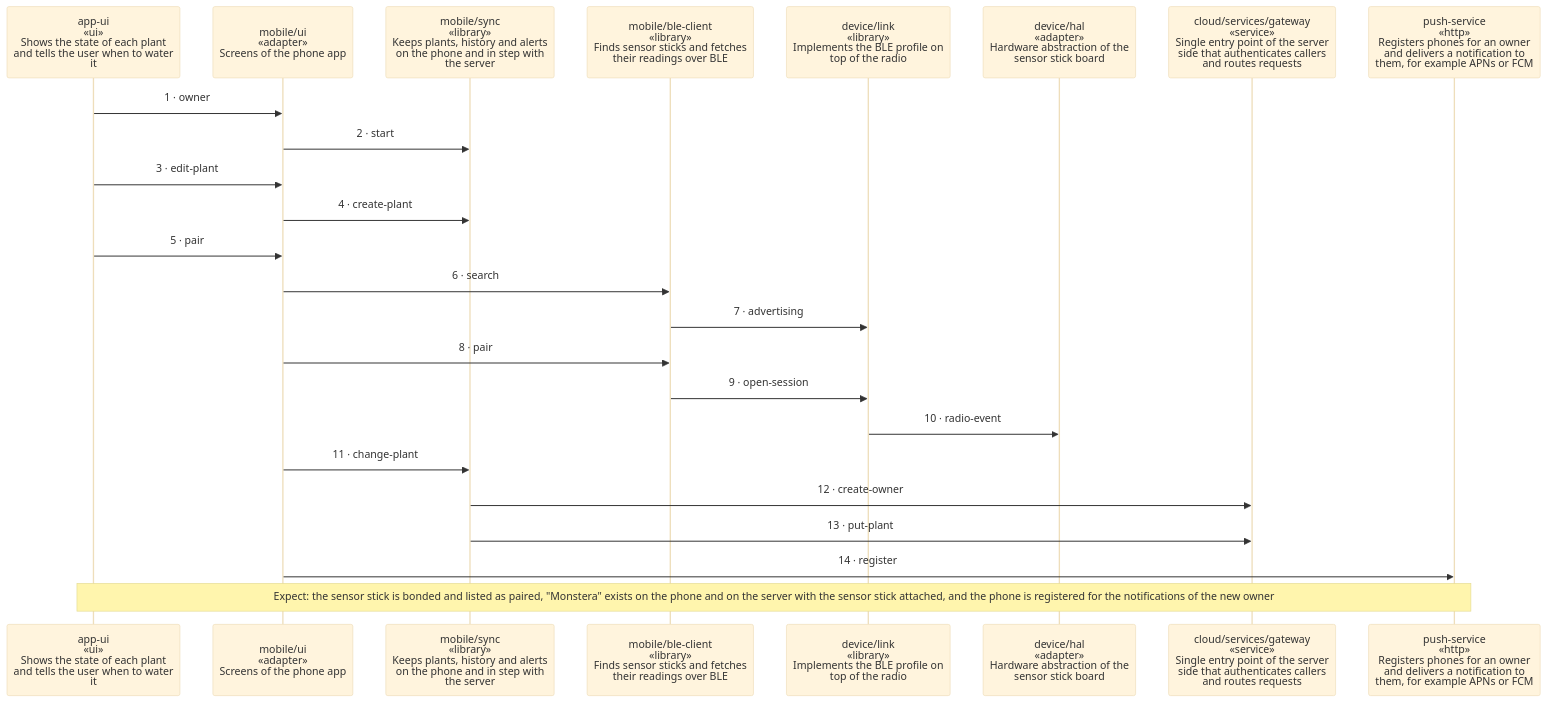
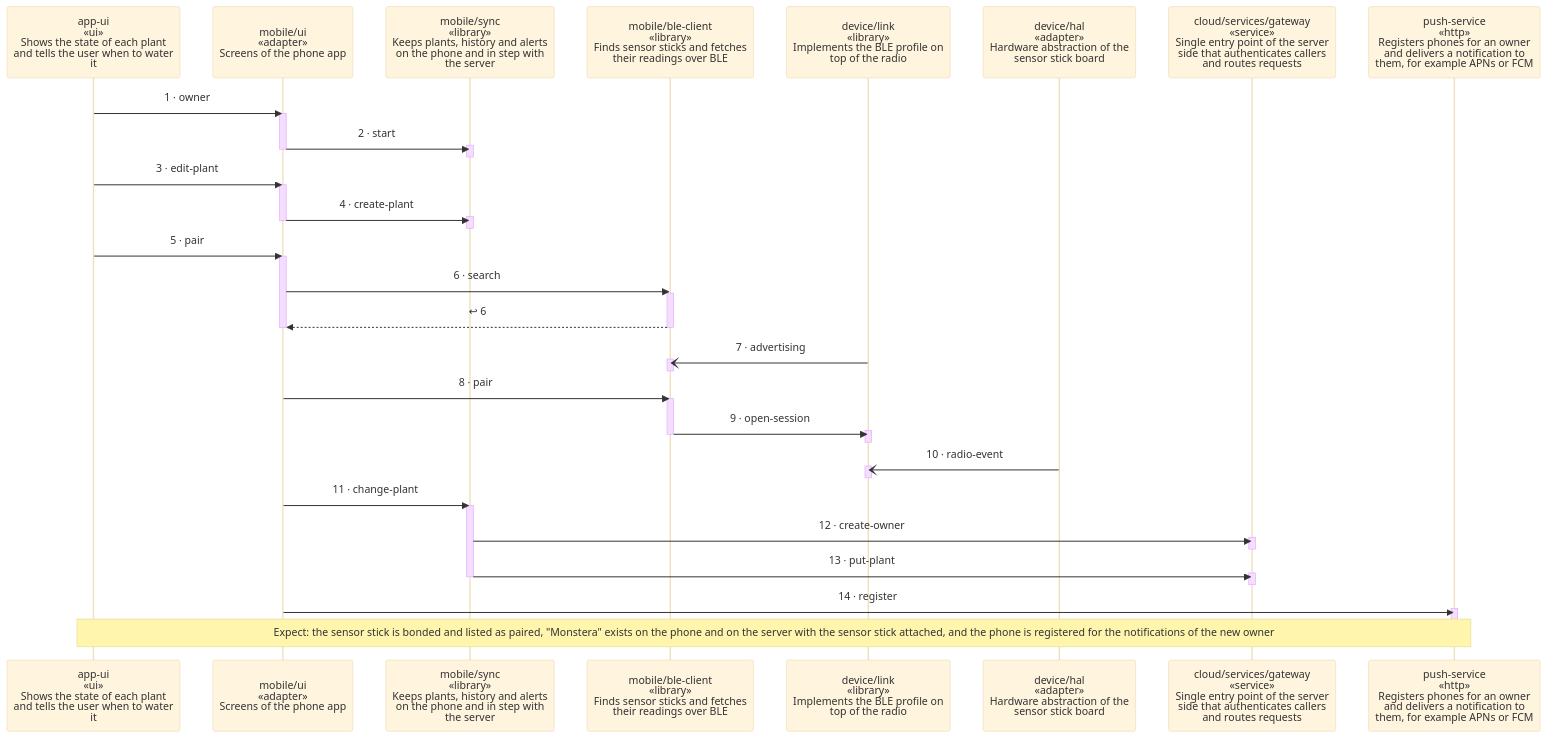
The diagram in examples/plantwatch/docs/diagrams/scenario-first-plant.md (wackazong/unifold), drawn with Mermaid (base theme) before and after one commit. The commit also changed other lines of this file and 25 other files, not shown here.

````diff
--- a/examples/plantwatch/docs/diagrams/scenario-first-plant.md
+++ b/examples/plantwatch/docs/diagrams/scenario-first-plant.md
@@ -12,31 +12,60 @@
 ```mermaid
 ---
 config:
   sequence:
     height: 108
 ---
 sequenceDiagram
   participant papp_dui as app-ui<br/>«ui»<br/>Shows the state of each plant<br/>and tells the user when to water<br/>it
   participant pmobile__ui as mobile/ui<br/>«adapter»<br/>Screens of the phone app
   participant pmobile__sync as mobile/sync<br/>«library»<br/>Keeps plants, history and alerts<br/>on the phone and in step with<br/>the server
   participant pmobile__ble_dclient as mobile/ble-client<br/>«library»<br/>Finds sensor sticks and fetches<br/>their readings over BLE
   participant pdevice__link as device/link<br/>«library»<br/>Implements the BLE profile on<br/>top of the radio
   participant pdevice__hal as device/hal<br/>«adapter»<br/>Hardware abstraction of the<br/>sensor stick board
   participant pcloud__services__gateway as cloud/services/gateway<br/>«service»<br/>Single entry point of the server<br/>side that authenticates callers<br/>and routes requests
   participant ppush_dservice as push-service<br/>«http»<br/>Registers phones for an owner<br/>and delivers a notification to<br/>them, for example APNs or FCM
   papp_dui->>pmobile__ui: 1 · owner
+  activate pmobile__ui
   pmobile__ui->>pmobile__sync: 2 · start
+  activate pmobile__sync
+  deactivate pmobile__sync
+  deactivate pmobile__ui
   papp_dui->>pmobile__ui: 3 · edit-plant
+  activate pmobile__ui
   pmobile__ui->>pmobile__sync: 4 · create-plant
+  activate pmobile__sync
+  deactivate pmobile__sync
+  deactivate pmobile__ui
   papp_dui->>pmobile__ui: 5 · pair
+  activate pmobile__ui
   pmobile__ui->>pmobile__ble_dclient: 6 · search
-  pmobile__ble_dclient->>pdevice__link: 7 · advertising
+  activate pmobile__ble_dclient
+  pmobile__ble_dclient-->>pmobile__ui: ↩ 6
+  deactivate pmobile__ble_dclient
+  deactivate pmobile__ui
+  pdevice__link-)pmobile__ble_dclient: 7 · advertising
+  activate pmobile__ble_dclient
+  deactivate pmobile__ble_dclient
   pmobile__ui->>pmobile__ble_dclient: 8 · pair
+  activate pmobile__ble_dclient
   pmobile__ble_dclient->>pdevice__link: 9 · open-session
-  pdevice__link->>pdevice__hal: 10 · radio-event
+  activate pdevice__link
+  deactivate pdevice__link
+  deactivate pmobile__ble_dclient
+  pdevice__hal-)pdevice__link: 10 · radio-event
+  activate pdevice__link
+  deactivate pdevice__link
   pmobile__ui->>pmobile__sync: 11 · change-plant
+  activate pmobile__sync
   pmobile__sync->>pcloud__services__gateway: 12 · create-owner
+  activate pcloud__services__gateway
+  deactivate pcloud__services__gateway
   pmobile__sync->>pcloud__services__gateway: 13 · put-plant
+  activate pcloud__services__gateway
+  deactivate pcloud__services__gateway
+  deactivate pmobile__sync
   pmobile__ui->>ppush_dservice: 14 · register
+  activate ppush_dservice
+  deactivate ppush_dservice
   Note over papp_dui,ppush_dservice: wrap: Expect: the sensor stick is bonded and listed as paired, #quot;Monstera#quot; exists on the phone and on the server with the sensor stick attached, and the phone is registered for the notifications of the new owner
 ```
````
